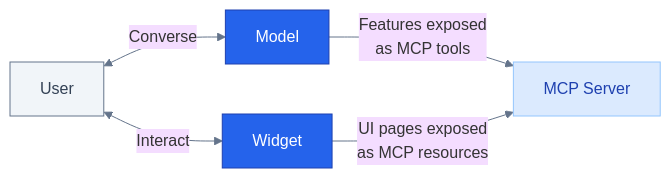
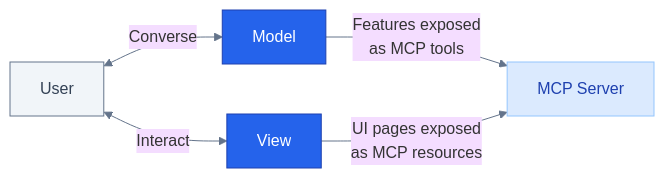
Before and after one commit to alpic-ai/skybridge: the diagram in docs/concepts/data-flow.mdx, drawn with Mermaid. The commit also changed other lines of this file and 38 other files, not shown here.

Commit message:
Rename widget to view

````diff
--- a/docs/concepts/data-flow.mdx
+++ b/docs/concepts/data-flow.mdx
@@ -13,18 +13,18 @@
 ```mermaid
 %%{init: {'theme': 'base', 'themeVariables': { 'lineColor': '#64748b' }}}%%
 flowchart LR
     User["User"]
     Model["Model"]
-    Widget["Widget"]
+    View["View"]
     Server["MCP Server"]
 
     User <-->|"Converse"| Model
-    User <-->|"Interact"| Widget
+    User <-->|"Interact"| View
     Model -->|"Features exposed<br/>as MCP tools"| Server
-    Widget -->|"UI pages exposed<br/>as MCP resources"| Server
+    View -->|"UI pages exposed<br/>as MCP resources"| Server
 
     style User fill:#f1f5f9,stroke:#64748b,color:#334155
     style Model fill:#2563EB,stroke:#1e40af,color:#fff
-    style Widget fill:#2563EB,stroke:#1e40af,color:#fff
+    style View fill:#2563EB,stroke:#1e40af,color:#fff
     style Server fill:#dbeafe,stroke:#93c5fd,color:#1e40af
 ```
````
